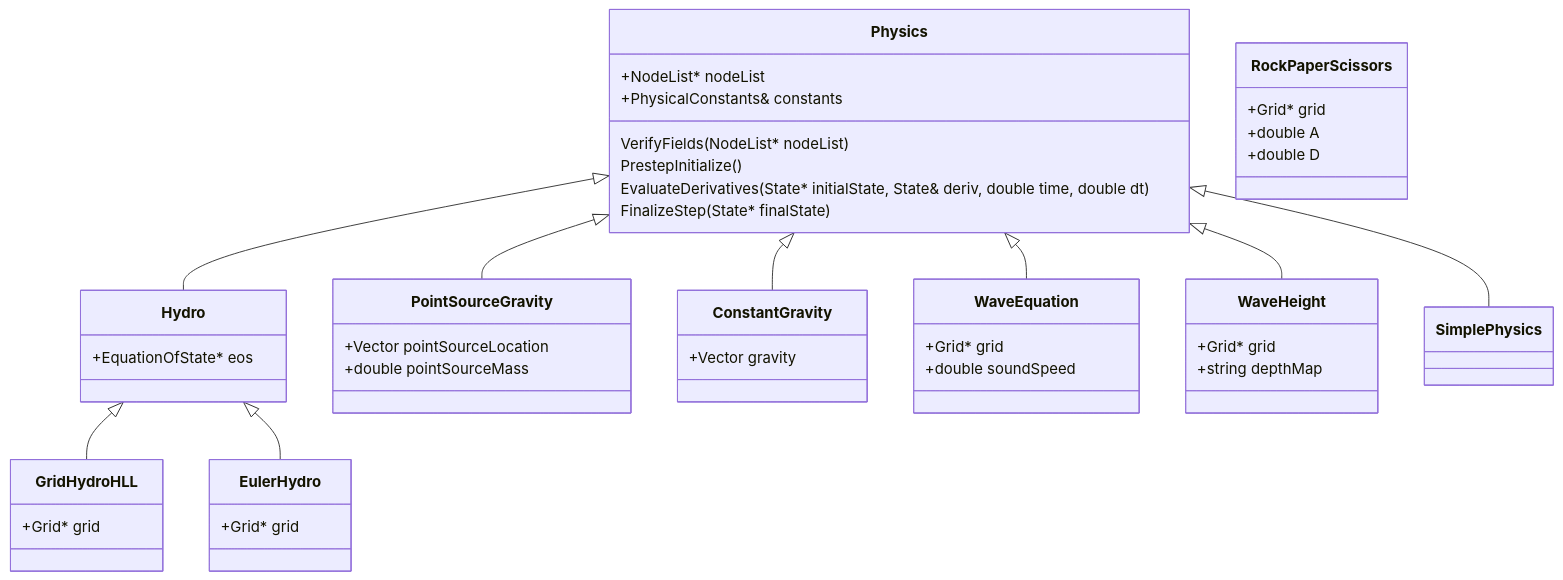
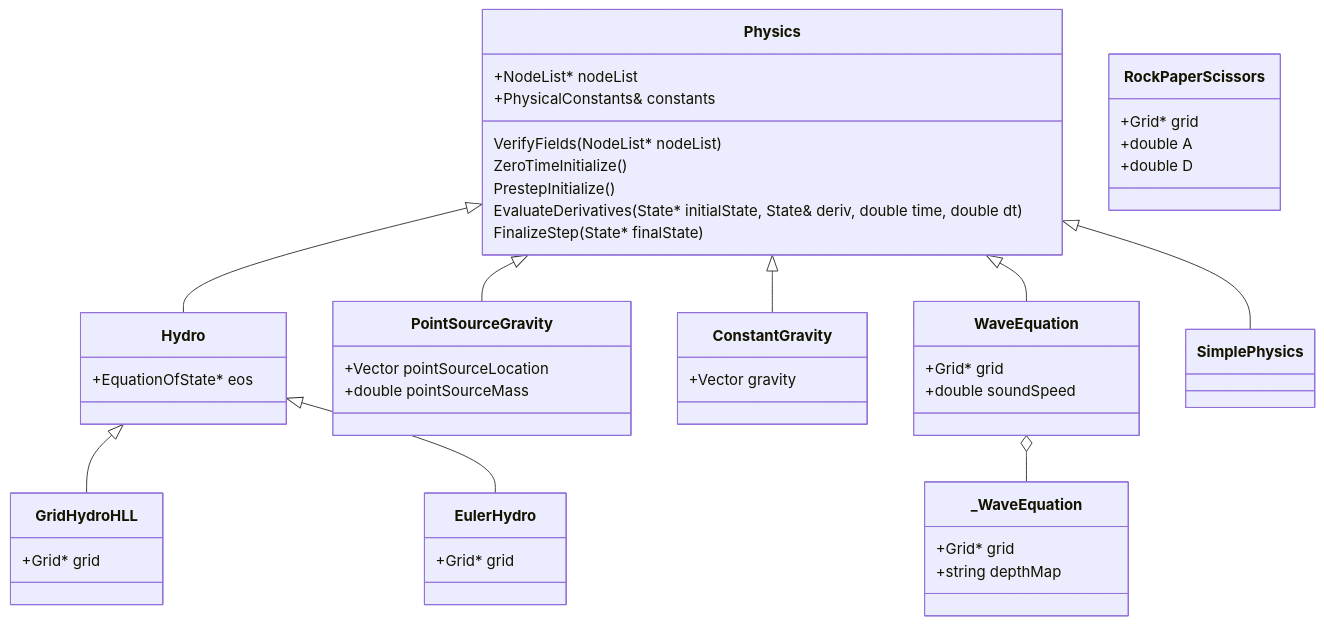
Before and after one commit to antimatterhorn/nidhoggr: the diagram in src/Physics/Classes.md, drawn with Mermaid. The commit also changed 2 other files, not shown here.

Commit message:
nearly there. just gotta figure out the binding pattern

````diff
--- a/src/Physics/Classes.md
+++ b/src/Physics/Classes.md
@@ -2,49 +2,50 @@
 ```mermaid
 classDiagram
     Physics <|-- Hydro
     Physics <|-- PointSourceGravity
     Physics <|-- ConstantGravity
     Physics <|-- WaveEquation
-    Physics <|-- WaveHeight
     Physics : +NodeList* nodeList
     Physics : +PhysicalConstants& constants
     Physics : VerifyFields(NodeList* nodeList)
+    Physics : ZeroTimeInitialize()
     Physics : PrestepInitialize()
     Physics : EvaluateDerivatives(State* initialState, State<dim>& deriv, double time, double dt)
     Physics : FinalizeStep(State* finalState)
     class PointSourceGravity{
         +Vector pointSourceLocation
         +double pointSourceMass
     }
     class ConstantGravity{
         +Vector gravity
     }
     class Hydro{
         +EquationOfState* eos
     }
     Physics <|-- SimplePhysics
     class SimplePhysics{
         
     }
     class WaveEquation{
         +Grid* grid
         +double soundSpeed
     }
-    class WaveHeight{
+    WaveEquation o -- _WaveEquation
+    class _WaveEquation{
         +Grid* grid
         +string depthMap
     }
     class RockPaperScissors{
         +Grid* grid
         +double A
         +double D
     }
     Hydro <| -- GridHydroHLL
     class GridHydroHLL{
         +Grid* grid
     }
     Hydro <| -- EulerHydro
     class EulerHydro{
         +Grid* grid
     }
 ```
````
